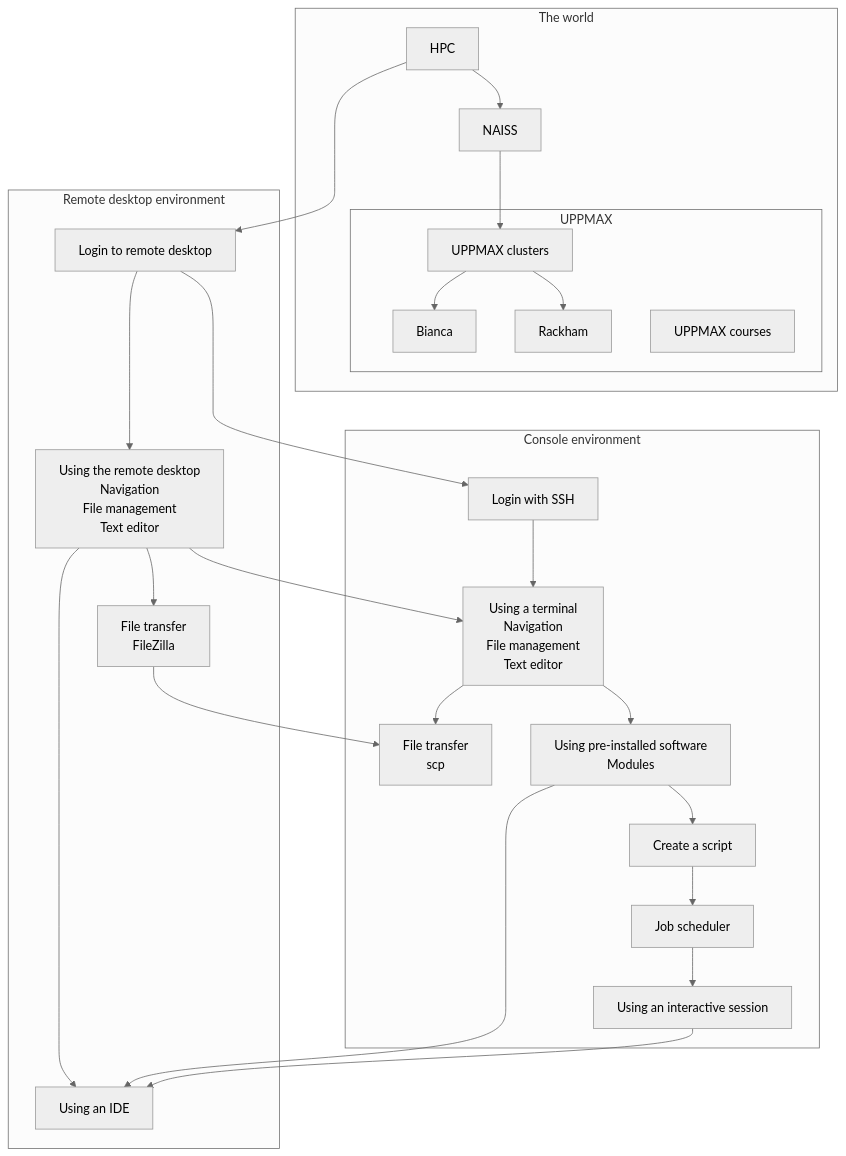
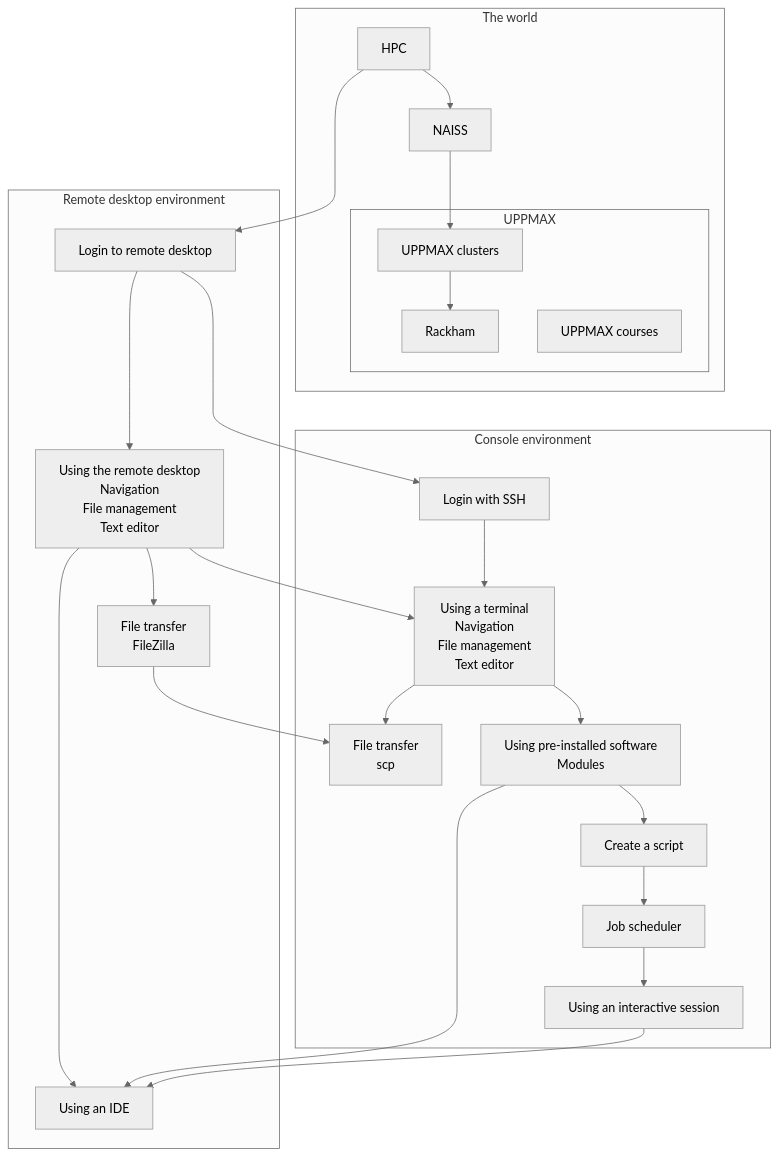
The third of 3 diagrams in docs/overviews/uppmax_intro_day_1.md (UPPMAX/uppmax_intro_day_1), drawn with Mermaid (neutral theme) before and after one commit. The commit also changed other lines of this file and 3 other files, not shown here.

````diff
--- a/docs/overviews/uppmax_intro_day_1.md
+++ b/docs/overviews/uppmax_intro_day_1.md
@@ -137,59 +133,57 @@
 ```mermaid
 flowchart TD
   subgraph world[The world]
     hpc[HPC]
     naiss[NAISS]
   subgraph uppmax[UPPMAX]
       uppmax_clusters[UPPMAX clusters]
-      bianca[Bianca]
       rackham[Rackham]
       uppmax_courses[UPPMAX courses]
     end
   end
   subgraph remote_desktop[Remote desktop environment]
     login_remote_desktop[Login to remote desktop]
     use_remote_desktop[Using the remote desktop\nNavigation\nFile management\nText editor]
     file_transfer_filezilla[File transfer\nFileZilla]
     use_ide[Using an IDE]
   end
   subgraph console[Console environment]
     login_ssh[Login with SSH]
     use_terminal[Using a terminal\nNavigation\nFile management\nText editor]
     scripts[Create a script]
     file_transfer_scp[File transfer\nscp]
     modules[Using pre-installed software\nModules]
     interactive[Using an interactive session]
     job_scheduler[Job scheduler]
   end
 
   hpc ---> login_remote_desktop
 
   %% UPPMAX
   hpc --> naiss
   naiss --> uppmax_clusters
-  uppmax_clusters --> bianca
   uppmax_clusters --> rackham
 
   %% GUI
   login_remote_desktop ---> use_remote_desktop
   use_remote_desktop --> file_transfer_filezilla
   use_remote_desktop --> use_ide
 
   %% Console
   login_ssh --> use_terminal
   use_terminal --> file_transfer_scp
   use_terminal --> modules
   scripts --> job_scheduler
   modules --> scripts
   job_scheduler --> interactive
 
   %% console -> GUI
   modules --> use_ide
   
 
   %% GUI -> console
   login_remote_desktop --> login_ssh
   use_remote_desktop --> use_terminal
   file_transfer_filezilla --> file_transfer_scp  
   interactive --> use_ide
 ```
````
